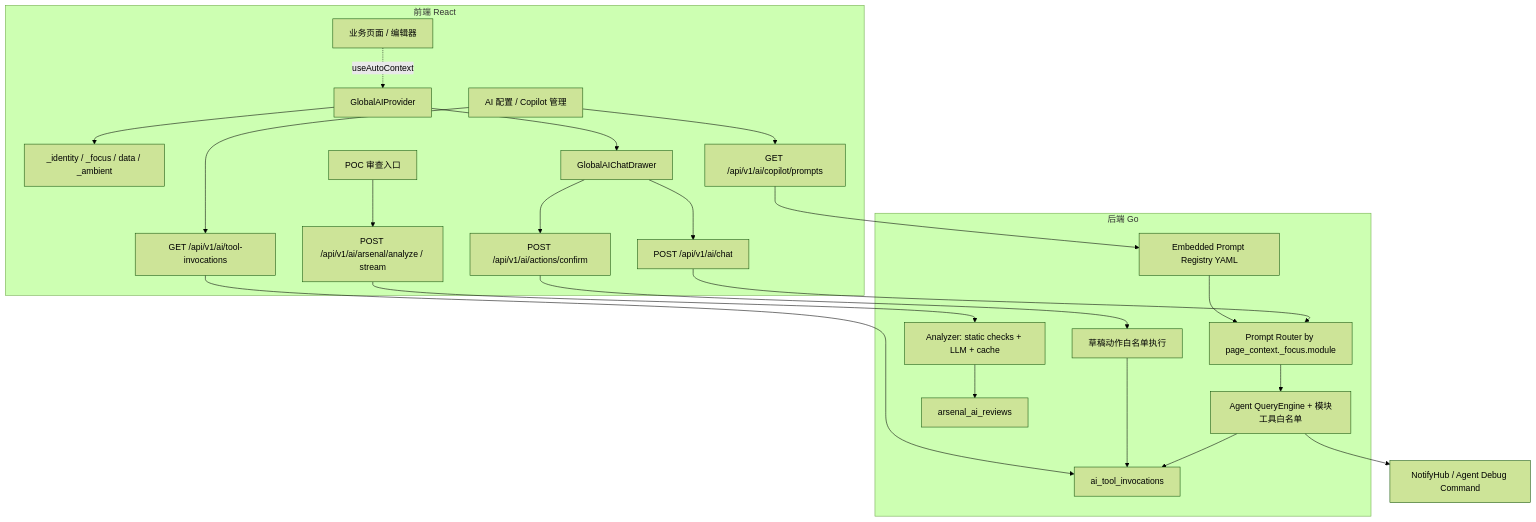
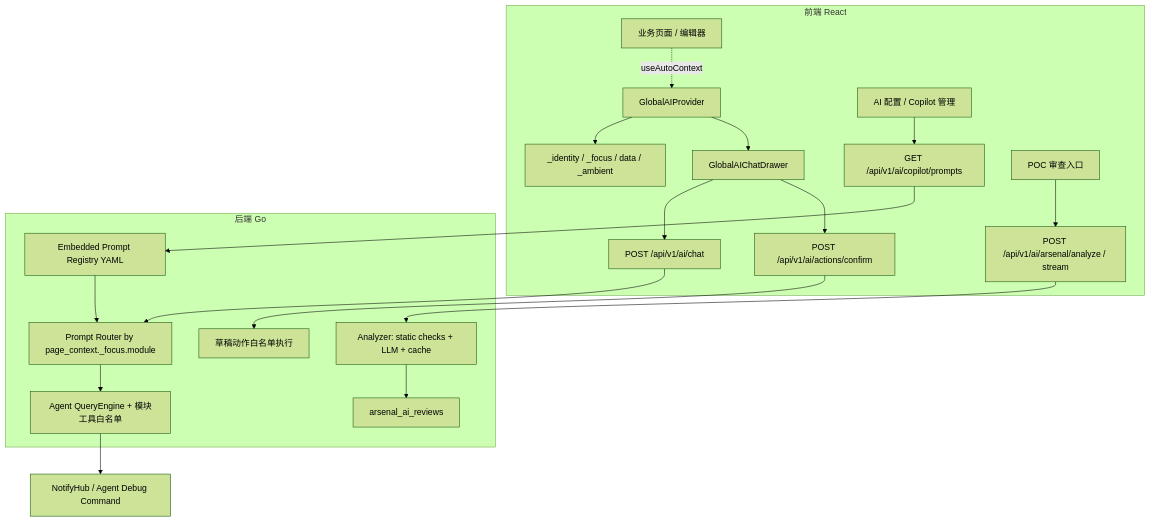
The diagram in docs/ai_copilot_architecture.md (TokEat/argus), drawn with Mermaid (forest theme) before and after one commit. The commit also changed other lines of this file and 35 other files, not shown here.

````diff
--- a/docs/ai_copilot_architecture.md
+++ b/docs/ai_copilot_architecture.md
@@ -27,28 +27,24 @@
 ```mermaid
 graph TD
     subgraph Frontend["前端 React"]
         Provider["GlobalAIProvider"] --> ContextLayers["_identity / _focus / data / _ambient"]
         Provider --> Drawer["GlobalAIChatDrawer"]
         Pages["业务页面 / 编辑器"] -. useAutoContext .-> Provider
         Drawer --> ChatAPI["POST /api/v1/ai/chat"]
         Drawer --> ActionAPI["POST /api/v1/ai/actions/confirm"]
         AIConfigPage["AI 配置 / Copilot 管理"] --> PromptAPI["GET /api/v1/ai/copilot/prompts"]
-        AIConfigPage --> AuditAPI["GET /api/v1/ai/tool-invocations"]
         PocPanel["POC 审查入口"] --> ReviewAPI["POST /api/v1/ai/arsenal/analyze / stream"]
     end
 
     subgraph Backend["后端 Go"]
         ReviewAPI --> Analyzer["Analyzer: static checks + LLM + cache"]
         ChatAPI --> Router["Prompt Router by page_context._focus.module"]
         PromptAPI --> PromptRegistry["Embedded Prompt Registry YAML"]
         PromptRegistry --> Router
         Router --> Agent["Agent QueryEngine + 模块工具白名单"]
         Analyzer --> ReviewStore["arsenal_ai_reviews"]
         ActionAPI --> ActionConfirm["草稿动作白名单执行"]
-        Agent --> AuditStore["ai_tool_invocations"]
-        ActionConfirm --> AuditStore
-        AuditAPI --> AuditStore
     end
 
     Agent --> NotifyHub["NotifyHub / Agent Debug Command"]
 ```
````
